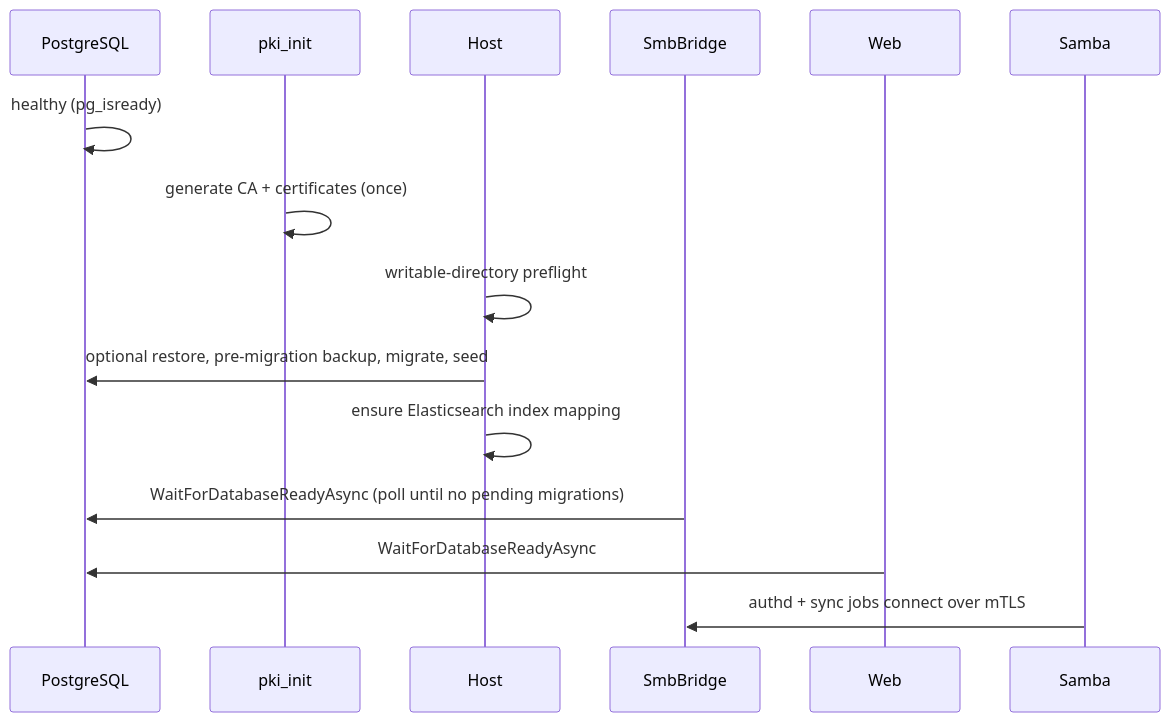
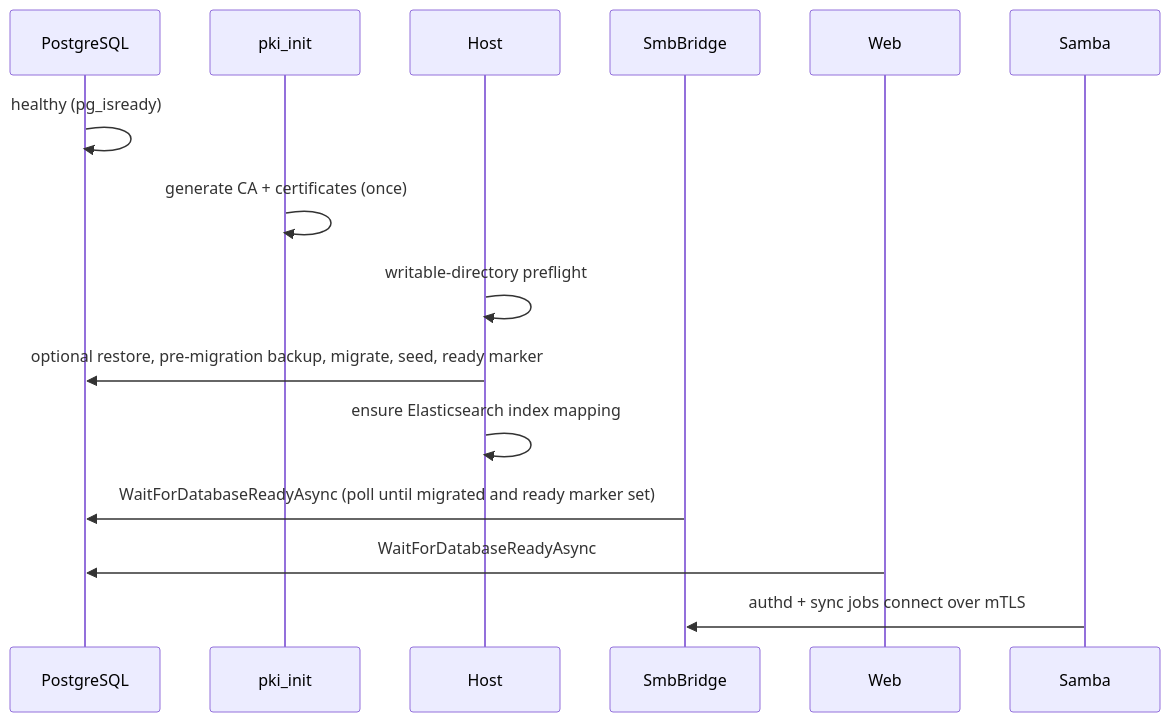
Before and after one commit to KaimoSystemSolutions/kaimo_file_server: the second of 3 diagrams in docu/architecture/system-overview.md, drawn with Mermaid. The commit also changed other lines of this file and 43 other files, not shown here.

````diff
--- a/docu/architecture/system-overview.md
+++ b/docu/architecture/system-overview.md
@@ -89,17 +89,17 @@
 ```mermaid
 sequenceDiagram
     participant DB as PostgreSQL
     participant PKI as pki_init
     participant H as Host
     participant B as SmbBridge
     participant W as Web
     participant S as Samba
     DB->>DB: healthy (pg_isready)
     PKI->>PKI: generate CA + certificates (once)
     H->>H: writable-directory preflight
-    H->>DB: optional restore, pre-migration backup, migrate, seed
+    H->>DB: optional restore, pre-migration backup, migrate, seed, ready marker
     H->>H: ensure Elasticsearch index mapping
-    B->>DB: WaitForDatabaseReadyAsync (poll until no pending migrations)
+    B->>DB: WaitForDatabaseReadyAsync (poll until migrated and ready marker set)
     W->>DB: WaitForDatabaseReadyAsync
     S->>B: authd + sync jobs connect over mTLS
 ```
````
